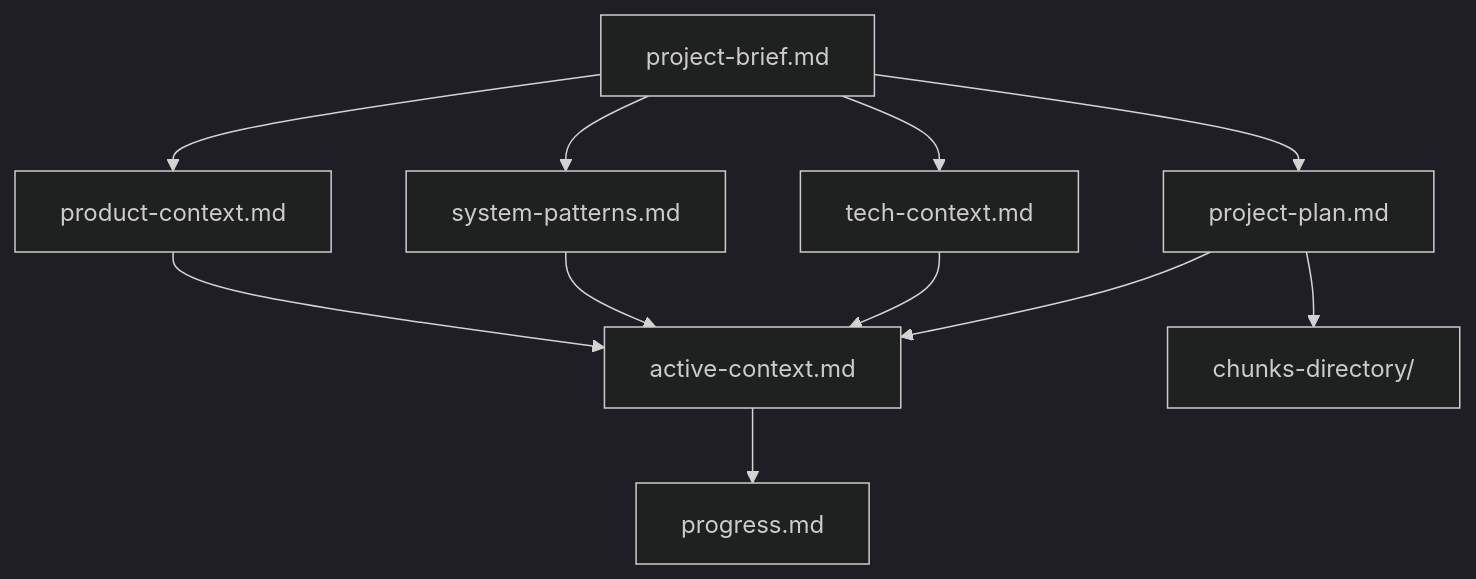
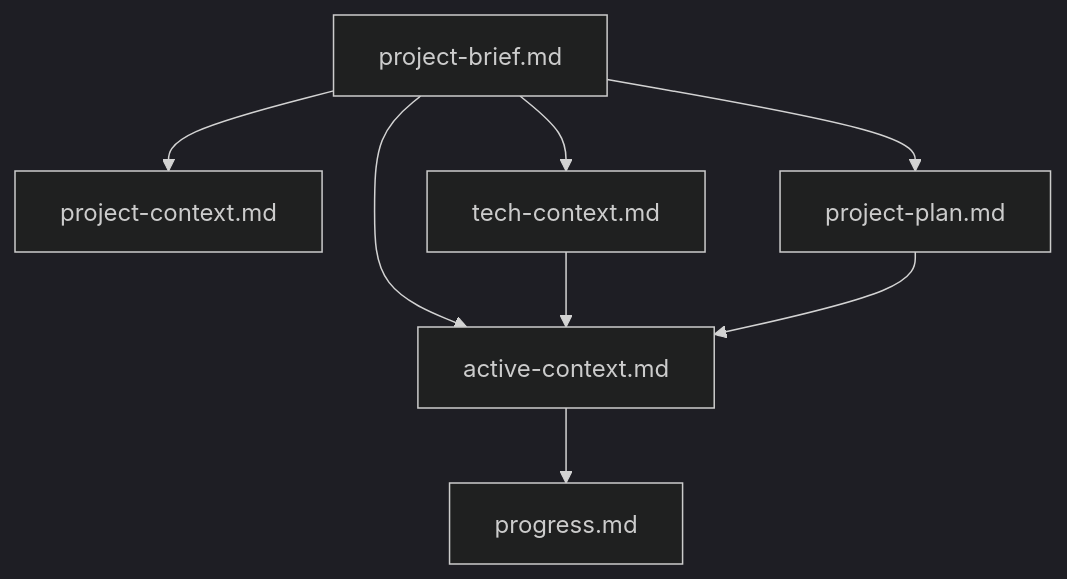
Before and after one commit to The-Focus-AI/buttondown-mcp: the diagram in .cursor/rules/memory-bank.mdc, drawn with Mermaid (dark theme). The commit also changed other lines of this file and 4 other files, not shown here.

````diff
--- a/.cursor/rules/memory-bank.mdc
+++ b/.cursor/rules/memory-bank.mdc
@@ -16,16 +56,13 @@
 ```mermaid
+
 flowchart TD
-    PB[project-brief.md] --> PC[product-context.md]
-    PB --> SP[system-patterns.md]
-    PB --> TC[tech-context.md]
-    PB --> PP[project-plan.md]
+  PB[project-brief.md] --> PC[project-context.md]
+  PB --> TC[tech-context.md]
+  PB --> PP[project-plan.md]
 
-    PC --> AC[active-context.md]
-    SP --> AC
-    TC --> AC
-    PP --> AC
+  PB --> AC[active-context.md]
+  TC --> AC
+  PP --> AC
 
-    AC --> P[progress.md]
-    
-    PP --> CD[chunks-directory/]
-```
+  AC --> PG[progress.md]
+  ```
````
